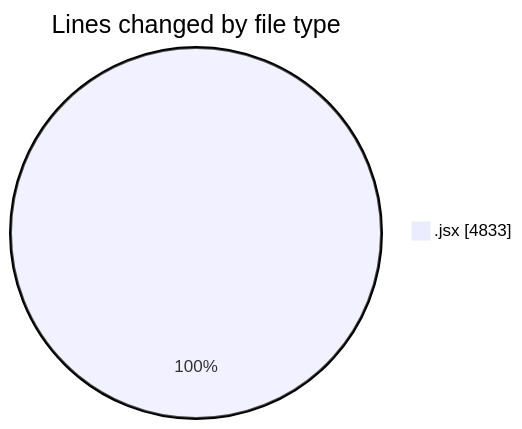
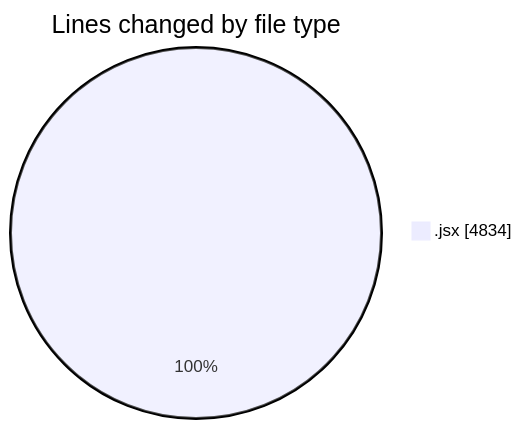
The first of 2 diagrams in 2025-09-16/nxtqube_webapp/README.md (nxtqubesakshisongat/code-tracking), drawn with Mermaid before and after one commit. The commit also changed other lines of this file and 1 other file, not shown here.

````diff
--- a/2025-09-16/nxtqube_webapp/README.md
+++ b/2025-09-16/nxtqube_webapp/README.md
@@ -20,5 +20,5 @@
 ```mermaid
 pie showData
 title Lines changed by file type
-".jsx" : 4833
+".jsx" : 4834
 ```
````
